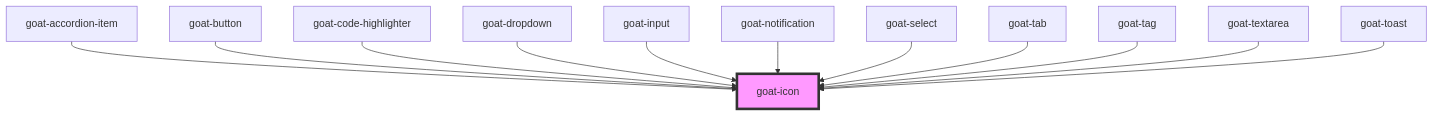
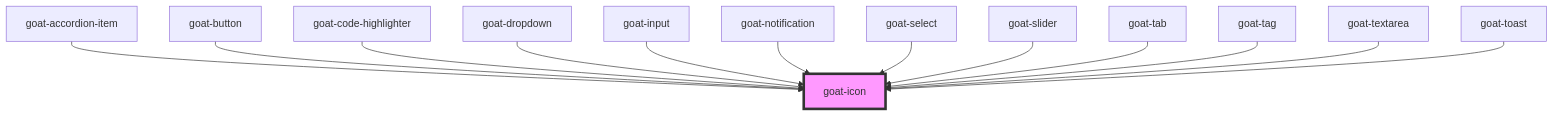
The diagram in src/components/general/icon/readme.md (goatui/components), drawn with Mermaid before and after one commit. The commit also changed other lines of this file and 9 other files, not shown here.

````diff
--- a/src/components/general/icon/readme.md
+++ b/src/components/general/icon/readme.md
@@ -33,15 +34,16 @@
 ```mermaid
 graph TD;
   goat-accordion-item --> goat-icon
   goat-button --> goat-icon
   goat-code-highlighter --> goat-icon
   goat-dropdown --> goat-icon
   goat-input --> goat-icon
   goat-notification --> goat-icon
   goat-select --> goat-icon
+  goat-slider --> goat-icon
   goat-tab --> goat-icon
   goat-tag --> goat-icon
   goat-textarea --> goat-icon
   goat-toast --> goat-icon
   style goat-icon fill:#f9f,stroke:#333,stroke-width:4px
 ```
````
